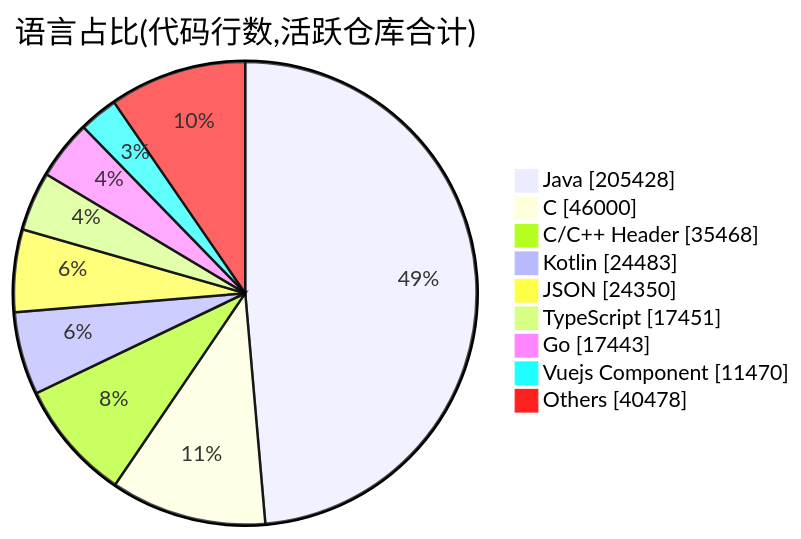
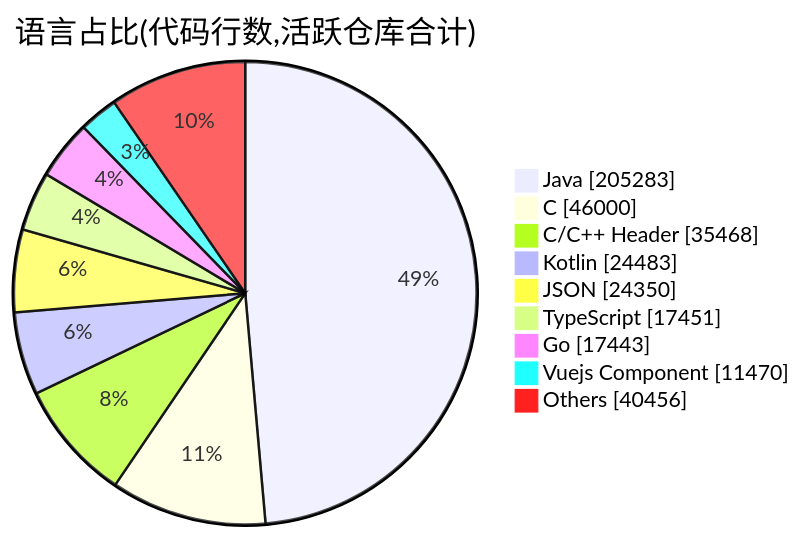
The second of 2 diagrams in profile/README.md (Conflux-Union/.github), drawn with Mermaid before and after one commit. The commit also changed other lines of this file and 1 other file, not shown here.

````diff
--- a/profile/README.md
+++ b/profile/README.md
@@ -82,13 +82,13 @@
 ```mermaid
 pie showData
     title 语言占比(代码行数,活跃仓库合计)
-    "Java" : 205428
+    "Java" : 205283
     "C" : 46000
     "C/C++ Header" : 35468
     "Kotlin" : 24483
     "JSON" : 24350
     "TypeScript" : 17451
     "Go" : 17443
     "Vuejs Component" : 11470
-    "Others" : 40478
+    "Others" : 40456
 ```
````
